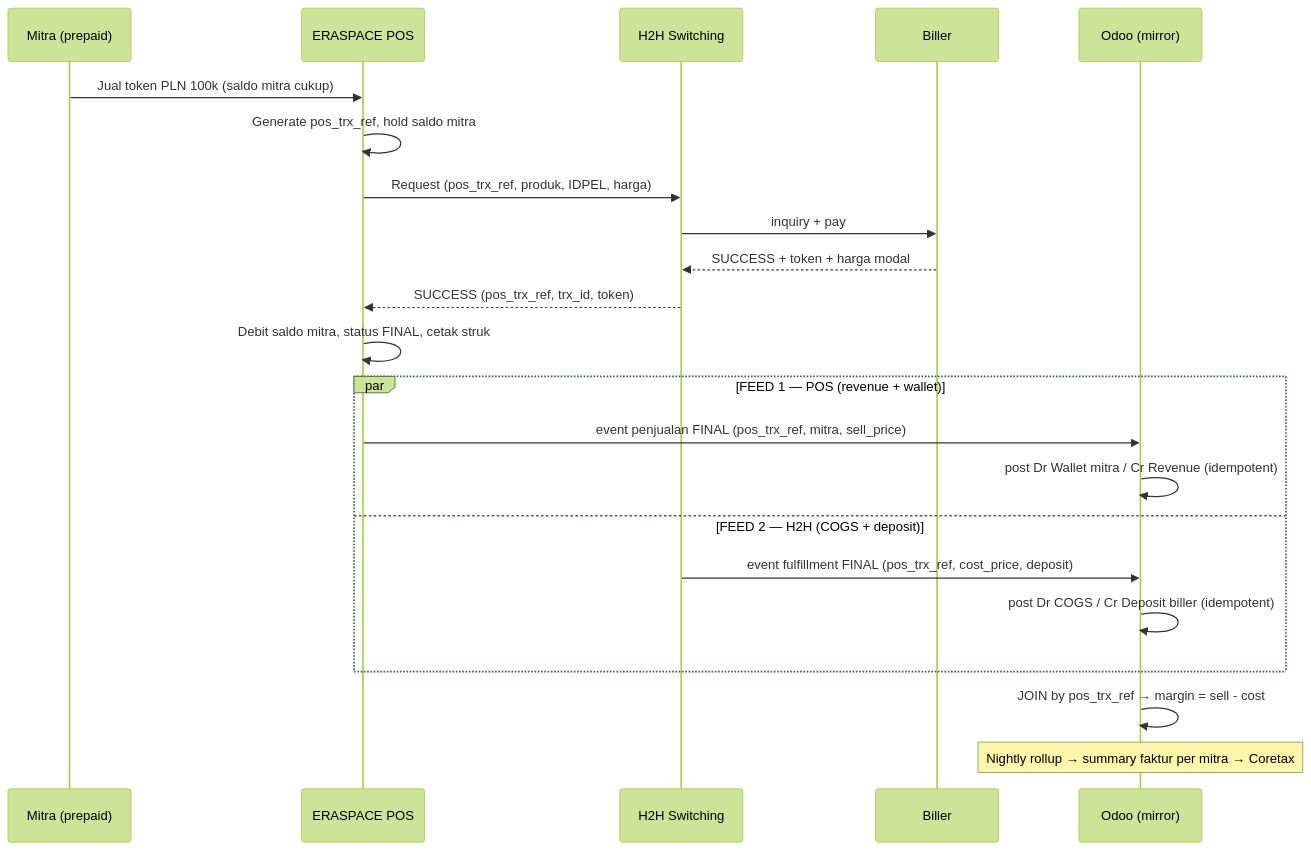
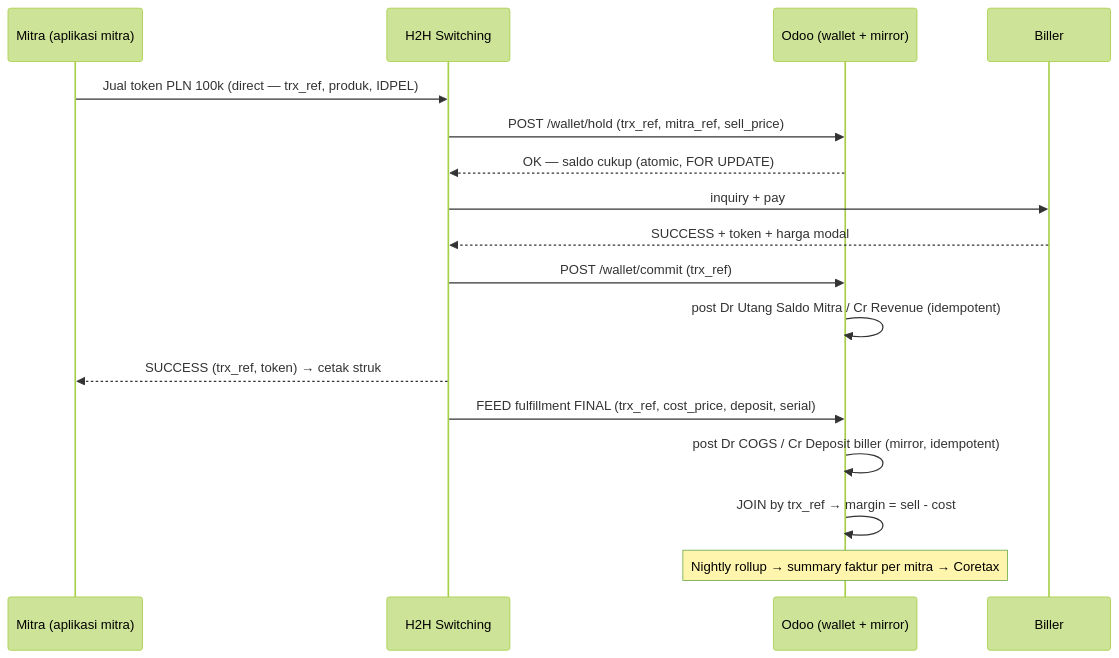
One commit to sarangrumah/odoo-platform changed the diagram in docs/projects/ppob/ppob-eraspace-h2h-architecture.md. Above: the diagram before and after it, drawn with Mermaid (forest theme). The commit also changed other lines of this file and 31 other files, not shown here.

First line of the commit message:
feat(ppob): Digiflazz biller adapter, SLA targets & throughput, Eraspace architecture revision

````diff
--- a/docs/projects/ppob/ppob-eraspace-h2h-architecture.md
+++ b/docs/projects/ppob/ppob-eraspace-h2h-architecture.md
@@ -167,25 +175,20 @@
 ```mermaid
 sequenceDiagram
-    participant M as Mitra (prepaid)
-    participant POS as ERASPACE POS
+    participant M as Mitra (aplikasi mitra)
     participant H2H as H2H Switching
+    participant O as Odoo (wallet + mirror)
     participant B as Biller
-    participant O as Odoo (mirror)
 
-    M->>POS: Jual token PLN 100k (saldo mitra cukup)
-    POS->>POS: Generate pos_trx_ref, hold saldo mitra
-    POS->>H2H: Request (pos_trx_ref, produk, IDPEL, harga)
+    M->>H2H: Jual token PLN 100k (direct — trx_ref, produk, IDPEL)
+    H2H->>O: POST /wallet/hold (trx_ref, mitra_ref, sell_price)
+    O-->>H2H: OK — saldo cukup (atomic, FOR UPDATE)
     H2H->>B: inquiry + pay
     B-->>H2H: SUCCESS + token + harga modal
-    H2H-->>POS: SUCCESS (pos_trx_ref, trx_id, token)
-    POS->>POS: Debit saldo mitra, status FINAL, cetak struk
-    par FEED 1 — POS (revenue + wallet)
-        POS->>O: event penjualan FINAL (pos_trx_ref, mitra, sell_price)
-        O->>O: post Dr Wallet mitra / Cr Revenue (idempotent)
-    and FEED 2 — H2H (COGS + deposit)
-        H2H->>O: event fulfillment FINAL (pos_trx_ref, cost_price, deposit)
-        O->>O: post Dr COGS / Cr Deposit biller (idempotent)
-    end
-    O->>O: JOIN by pos_trx_ref → margin = sell - cost
+    H2H->>O: POST /wallet/commit (trx_ref)
+    O->>O: post Dr Utang Saldo Mitra / Cr Revenue (idempotent)
+    H2H-->>M: SUCCESS (trx_ref, token) → cetak struk
+    H2H->>O: FEED fulfillment FINAL (trx_ref, cost_price, deposit, serial)
+    O->>O: post Dr COGS / Cr Deposit biller (mirror, idempotent)
+    O->>O: JOIN by trx_ref → margin = sell - cost
     Note over O: Nightly rollup → summary faktur per mitra → Coretax
 ```
````
